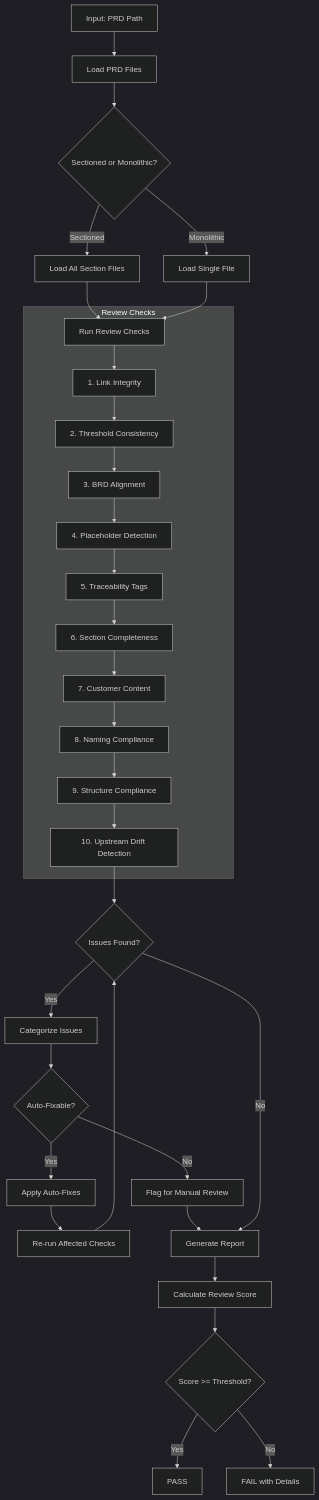
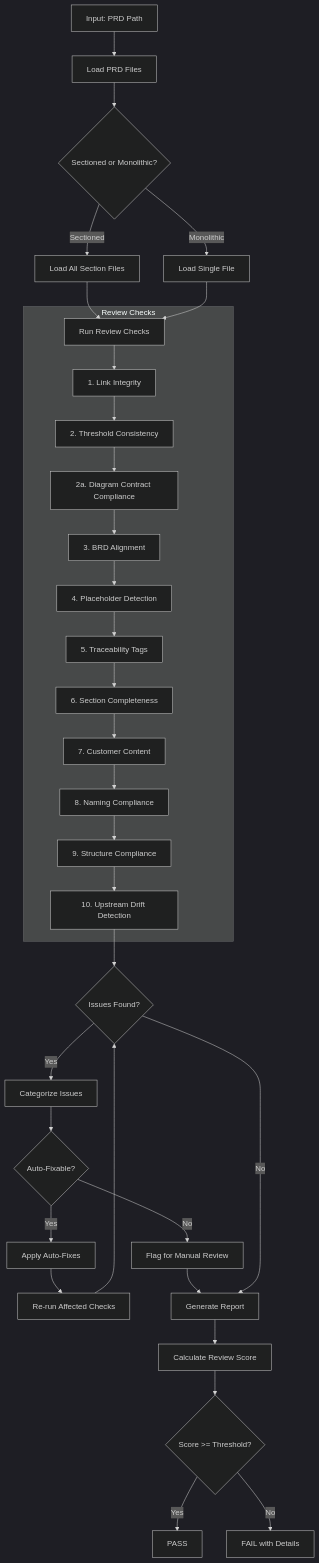
One commit to vladm3105/aidoc-flow-framework changed the first of 2 diagrams in .claude/skills/doc-prd-reviewer/SKILL.md. Above: the diagram before and after it, drawn with Mermaid (dark theme). The commit also changed other lines of this file and 118 other files, not shown here.

````diff
--- a/.claude/skills/doc-prd-reviewer/SKILL.md
+++ b/.claude/skills/doc-prd-reviewer/SKILL.md
@@ -69,38 +69,39 @@
 ```mermaid
 flowchart TD
     A[Input: PRD Path] --> B[Load PRD Files]
     B --> C{Sectioned or Monolithic?}
 
     C -->|Sectioned| D[Load All Section Files]
     C -->|Monolithic| E[Load Single File]
 
     D --> F[Run Review Checks]
     E --> F
 
     subgraph Review["Review Checks"]
         F --> G[1. Link Integrity]
         G --> H[2. Threshold Consistency]
-        H --> I[3. BRD Alignment]
+      H --> H2[2a. Diagram Contract Compliance]
+      H2 --> I[3. BRD Alignment]
         I --> J[4. Placeholder Detection]
         J --> K[5. Traceability Tags]
         K --> L[6. Section Completeness]
         L --> M[7. Customer Content]
         M --> M2[8. Naming Compliance]
         M2 --> M3[9. Structure Compliance]
         M3 --> M4[10. Upstream Drift Detection]
     end
 
     M4 --> N{Issues Found?}
     N -->|Yes| O[Categorize Issues]
     O --> P{Auto-Fixable?}
     P -->|Yes| Q[Apply Auto-Fixes]
     Q --> R[Re-run Affected Checks]
     P -->|No| S[Flag for Manual Review]
     R --> N
     S --> T[Generate Report]
     N -->|No| T
     T --> U[Calculate Review Score]
     U --> V{Score >= Threshold?}
     V -->|Yes| W[PASS]
     V -->|No| X[FAIL with Details]
 ```
````
